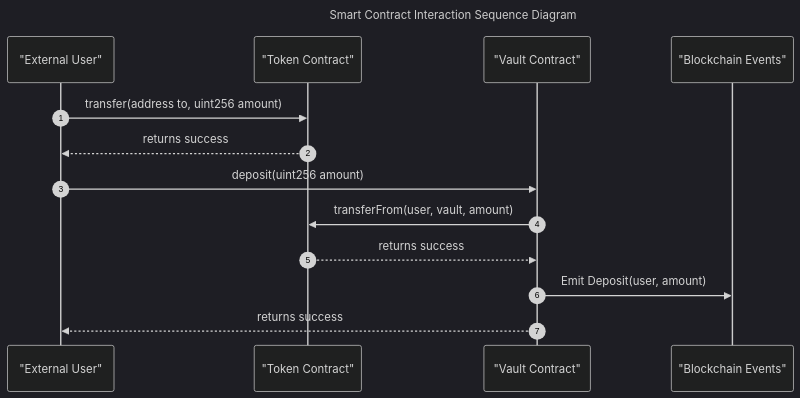
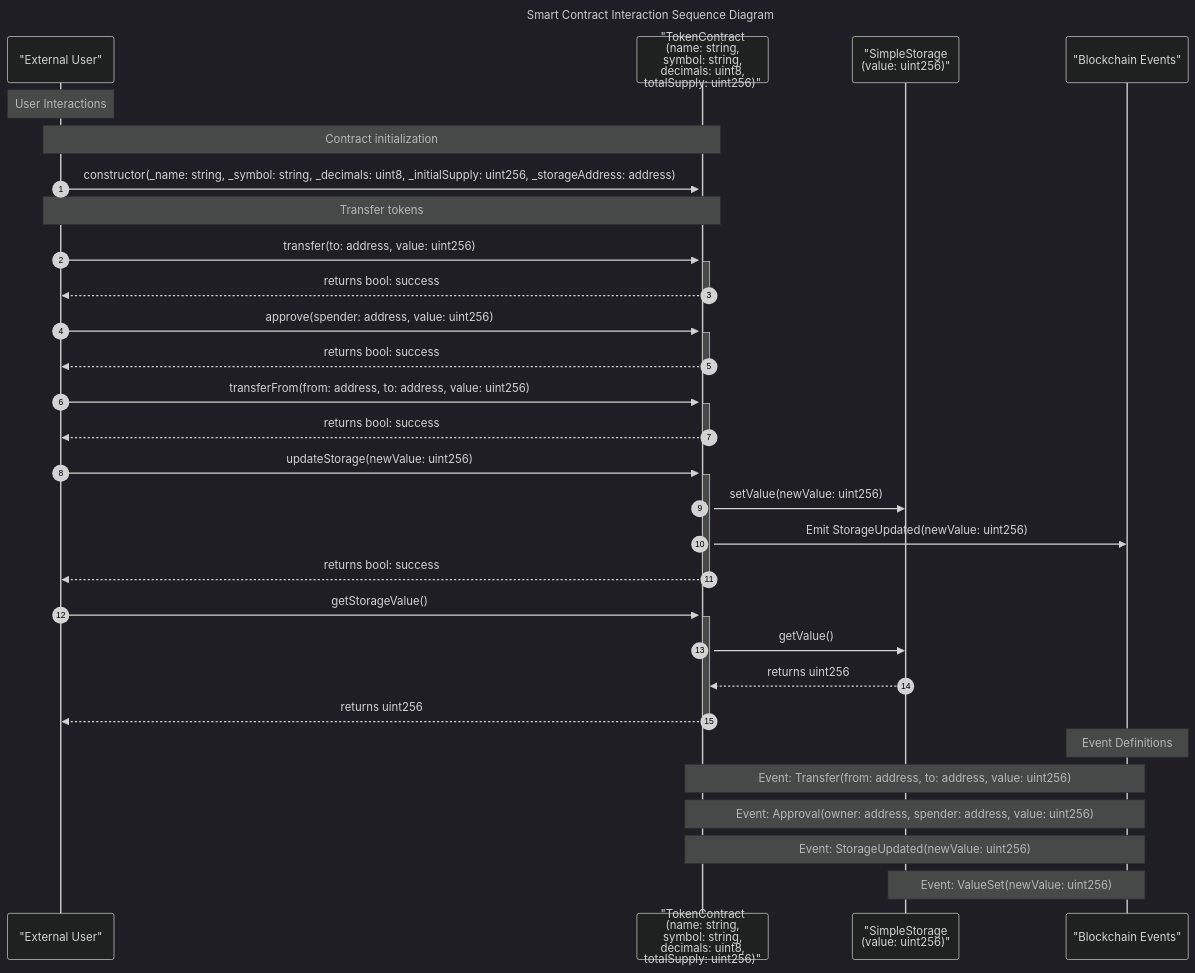
The diagram in GITHUB_README.md (sumitvekariya/sol2seq), drawn with Mermaid (dark theme) before and after one commit. The commit also changed other lines of this file and 1 other file, not shown here.

Commit message:
Add detailed example diagram to READMEs

````diff
--- a/GITHUB_README.md
+++ b/GITHUB_README.md
@@ -77,19 +78,43 @@
 ```mermaid
 sequenceDiagram
     title Smart Contract Interaction Sequence Diagram
     autonumber
     
     participant User as "External User"
-    participant Token as "Token Contract"
-    participant Vault as "Vault Contract"
+    participant Token as "TokenContract<br/>(name: string,<br/>symbol: string,<br/>decimals: uint8,<br/>totalSupply: uint256)"
+    participant SimpleStorage as "SimpleStorage<br/>(value: uint256)"
     participant Events as "Blockchain Events"
     
     %% User Interactions Section
-    User->>Token: transfer(address to, uint256 amount)
-    Token-->>User: returns success
-    User->>Vault: deposit(uint256 amount)
-    Vault->>Token: transferFrom(user, vault, amount)
-    Token-->>Vault: returns success
-    Vault->>Events: Emit Deposit(user, amount)
-    Vault-->>User: returns success
+    Note over User: User Interactions
+    
+    Note over User,Token: Contract initialization
+    User->>+Token: constructor(_name: string, _symbol: string, _decimals: uint8, _initialSupply: uint256, _storageAddress: address)
+    
+    Note over User,Token: Transfer tokens
+    User->>+Token: transfer(to: address, value: uint256)
+    Token-->>-User: returns bool: success
+    
+    User->>+Token: approve(spender: address, value: uint256)
+    Token-->>-User: returns bool: success
+    
+    User->>+Token: transferFrom(from: address, to: address, value: uint256)
+    Token-->>-User: returns bool: success
+    
+    User->>+Token: updateStorage(newValue: uint256)
+    Token->>SimpleStorage: setValue(newValue: uint256)
+    Token->>Events: Emit StorageUpdated(newValue: uint256)
+    Token-->>-User: returns bool: success
+    
+    User->>+Token: getStorageValue()
+    Token->>SimpleStorage: getValue()
+    SimpleStorage-->>Token: returns uint256
+    Token-->>-User: returns uint256
+    
+    %% Event Definitions
+    Note over Events: Event Definitions
+    Note over Token,Events: Event: Transfer(from: address, to: address, value: uint256)
+    Note over Token,Events: Event: Approval(owner: address, spender: address, value: uint256)
+    Note over Token,Events: Event: StorageUpdated(newValue: uint256)
+    Note over SimpleStorage,Events: Event: ValueSet(newValue: uint256)
 ```
````
